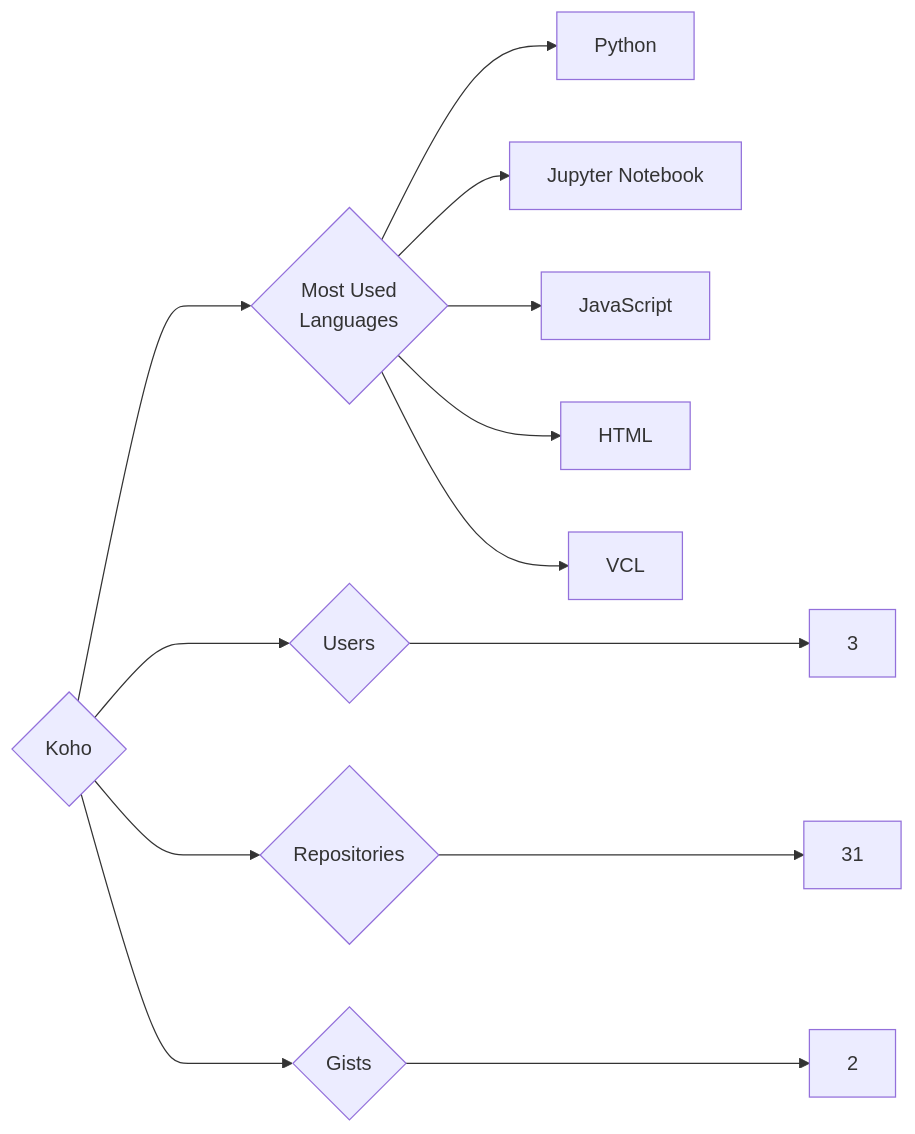
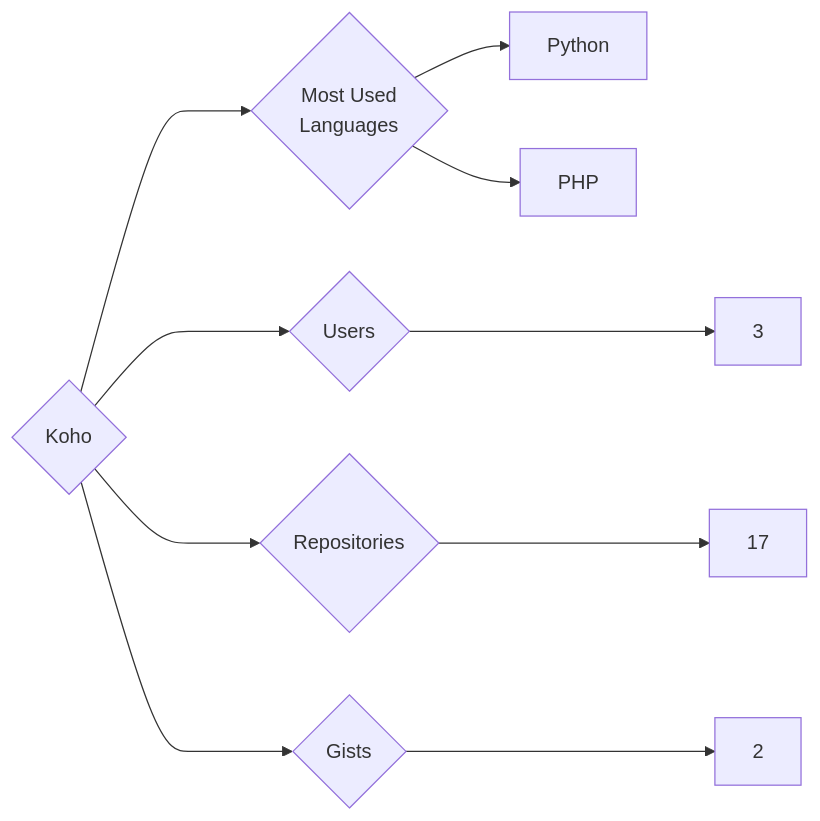
The diagram in targets/Koho/README.md (trickest/insiders), drawn with Mermaid before and after one commit. The commit also changed 860 other files, not shown here.

````diff
--- a/targets/Koho/README.md
+++ b/targets/Koho/README.md
@@ -3,13 +3,10 @@
 ```mermaid
 graph LR
 COMPANY_NAME{Koho}
 COMPANY_NAME ---> U{Users} ---> UN[3]
-COMPANY_NAME ---> R{Repositories} ---> RN[31]
+COMPANY_NAME ---> R{Repositories} ---> RN[17]
 COMPANY_NAME ---> G{Gists} ---> GN[2]
 COMPANY_NAME ---> ML{Most Used<br>Languages}
 ML --> Python[Python]
-ML --> Jupyter_Notebook[Jupyter Notebook]
-ML --> JavaScript[JavaScript]
-ML --> HTML[HTML]
-ML --> VCL[VCL]
+ML --> PHP[PHP]
 ```
````
